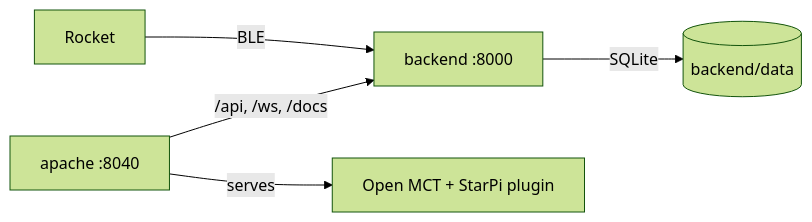
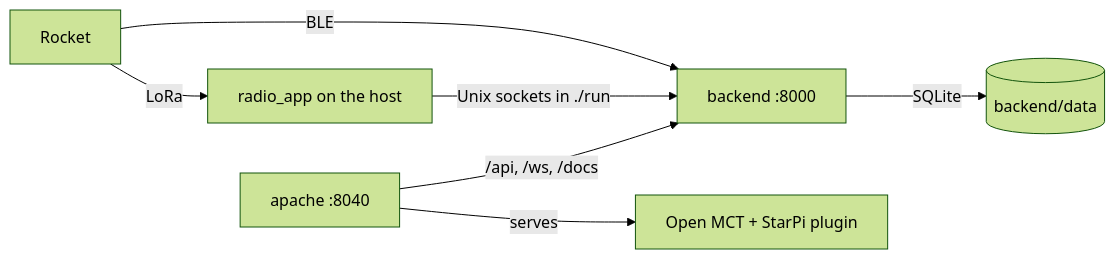
Before and after one commit to StarPi-Labs/ground-station: the diagram in README.md, drawn with Mermaid (forest theme). The commit also changed other lines of this file and 11 other files, not shown here.

First line of the commit message:
feat: LoRa link through the firmware's radio_app

````diff
--- a/README.md
+++ b/README.md
@@ -61,7 +64,9 @@
 ```mermaid
 graph LR
     R[Rocket] -- BLE --> B[backend :8000]
+    R -- LoRa --> L[radio_app on the host]
+    L -- "Unix sockets in ./run" --> B
     B -- SQLite --> D[(backend/data)]
     A[apache :8040] -- "/api, /ws, /docs" --> B
     A -- serves --> O[Open MCT + StarPi plugin]
 ```
````
